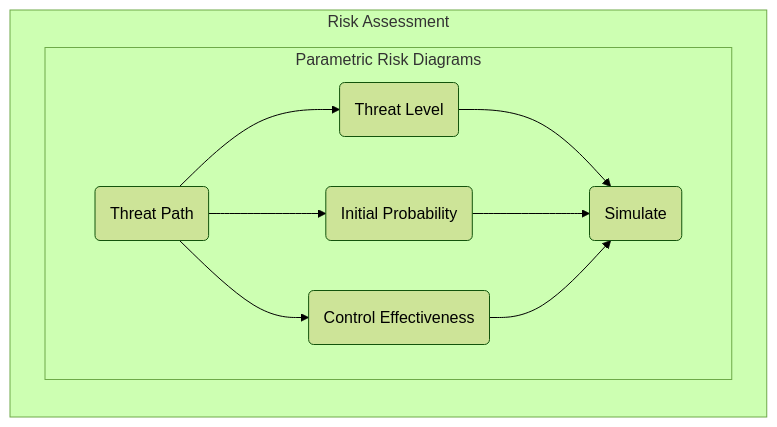
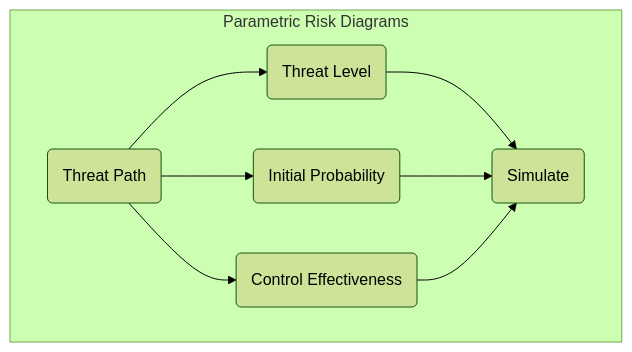
One commit to stuartfowler/CEMT changed the third of 4 diagrams in Documentation/risk.md. Above: the diagram before and after it, drawn with Mermaid (forest theme). The commit also changed other lines of this file and 17 other files, not shown here.

````diff
--- a/Documentation/risk.md
+++ b/Documentation/risk.md
@@ -152,11 +150,9 @@
 ```mermaid
 flowchart TB
-  subgraph RA["Risk Assessment"]
     direction TB
     subgraph 7["Parametric Risk Diagrams"]
       7a("Threat Path") --> 7b("Threat Level") --> 7e("Simulate")
       7a --> 7c("Initial Probability") --> 7e
       7a --> 7d("Control Effectiveness") --> 7e
     end
-  end
 ```
````
